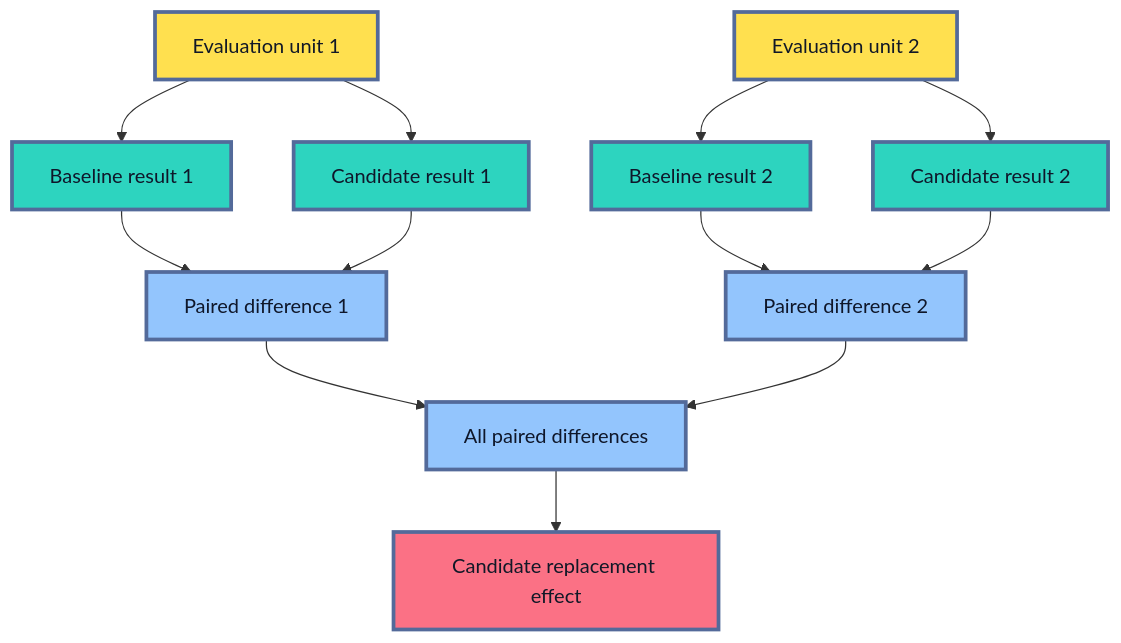
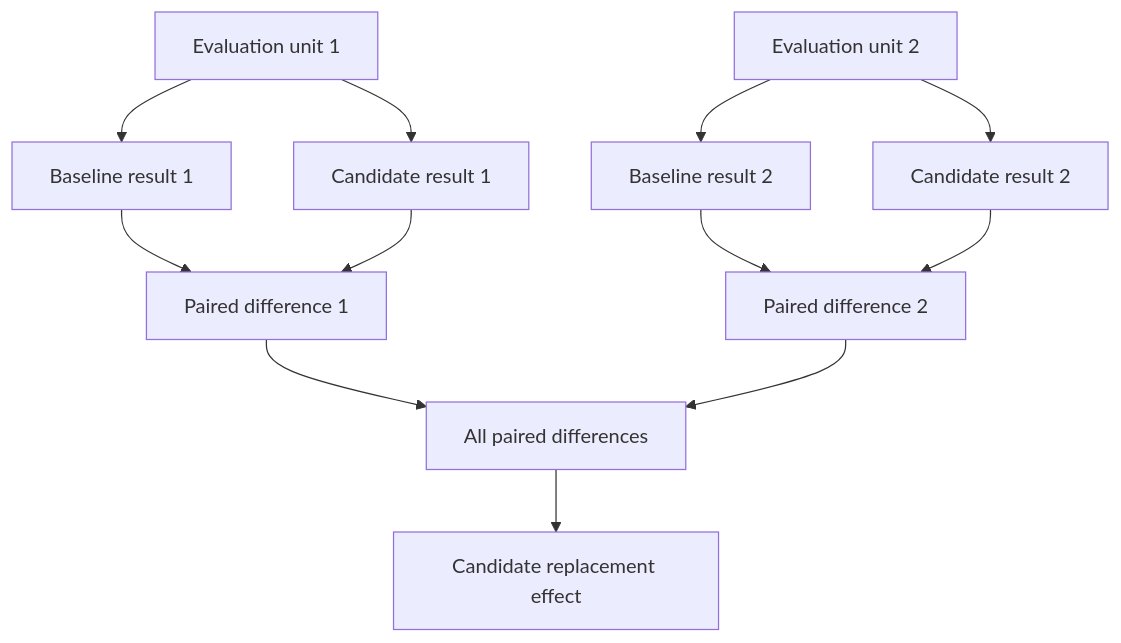
One commit to senlinyy/dev-roadmaps changed the third of 10 diagrams in roadmaps/mlops/modules/model-evaluation/offline-evaluation/05-statistical-uncertainty-and-paired-comparisons.md. Above: the diagram before and after it, drawn with Mermaid. The commit also changed other lines of this file and 152 other files, not shown here.

Commit message:
feat: mlops and diagrams updated

````diff
--- a/roadmaps/mlops/modules/model-evaluation/offline-evaluation/05-statistical-uncertainty-and-paired-comparisons.md
+++ b/roadmaps/mlops/modules/model-evaluation/offline-evaluation/05-statistical-uncertainty-and-paired-comparisons.md
@@ -222,25 +213,21 @@
 ```mermaid
 flowchart TD
     A["Evaluation unit 1"] --> B["Baseline result 1"]
     A --> C["Candidate result 1"]
     B --> D["Paired difference 1"]
     C --> D
 
     E["Evaluation unit 2"] --> F["Baseline result 2"]
     E --> G["Candidate result 2"]
     F --> H["Paired difference 2"]
     G --> H
 
     I["All paired differences"] --> J["Candidate replacement effect"]
     D --> I
     H --> I
 
-    classDef unit fill:#FFE04F,stroke:#536A9A,stroke-width:3px,color:#111827
-    classDef model fill:#2DD4BF,stroke:#536A9A,stroke-width:3px,color:#0F172A
-    classDef difference fill:#93C5FD,stroke:#536A9A,stroke-width:3px,color:#0F172A
-    classDef effect fill:#FB7185,stroke:#536A9A,stroke-width:3px,color:#111827
     class A,E unit
     class B,C,F,G model
     class D,H,I difference
     class J effect
 ```
````
